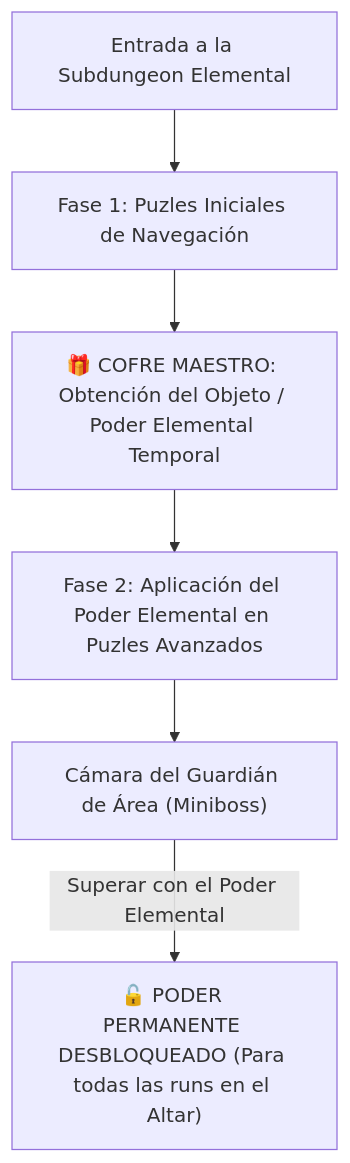
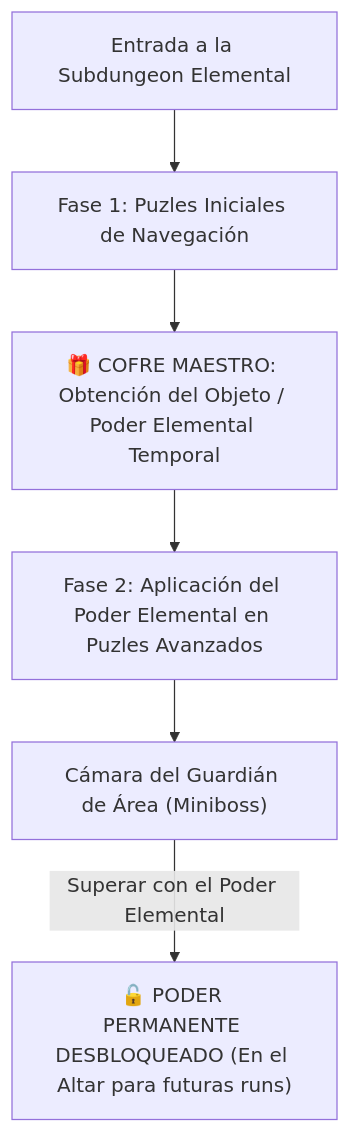
One commit to linkmati/ShivathLyss changed the diagram in 7 - DM/OneShots/ARepeat/03-Catalogo_de_Salas_y_Puzles.md. Above: the diagram before and after it, drawn with Mermaid. The commit also changed other lines of this file, not shown here.

````diff
--- a/7 - DM/OneShots/ARepeat/03-Catalogo_de_Salas_y_Puzles.md
+++ b/7 - DM/OneShots/ARepeat/03-Catalogo_de_Salas_y_Puzles.md
@@ -12,8 +12,8 @@
 ```mermaid
 flowchart TD
     A["Entrada a la Subdungeon Elemental"] --> B["Fase 1: Puzles Iniciales de Navegación"]
     B --> C["🎁 COFRE MAESTRO: Obtención del Objeto / Poder Elemental Temporal"]
     C --> D["Fase 2: Aplicación del Poder Elemental en Puzles Avanzados"]
     D --> E["Cámara del Guardián de Área (Miniboss)"]
-    E -->|"Superar con el Poder Elemental"| F["🔓 PODER PERMANENTE DESBLOQUEADO (Para todas las runs en el Altar)"]
+    E -->|"Superar con el Poder Elemental"| F["🔓 PODER PERMANENTE DESBLOQUEADO (En el Altar para futuras runs)"]
 ```
````
